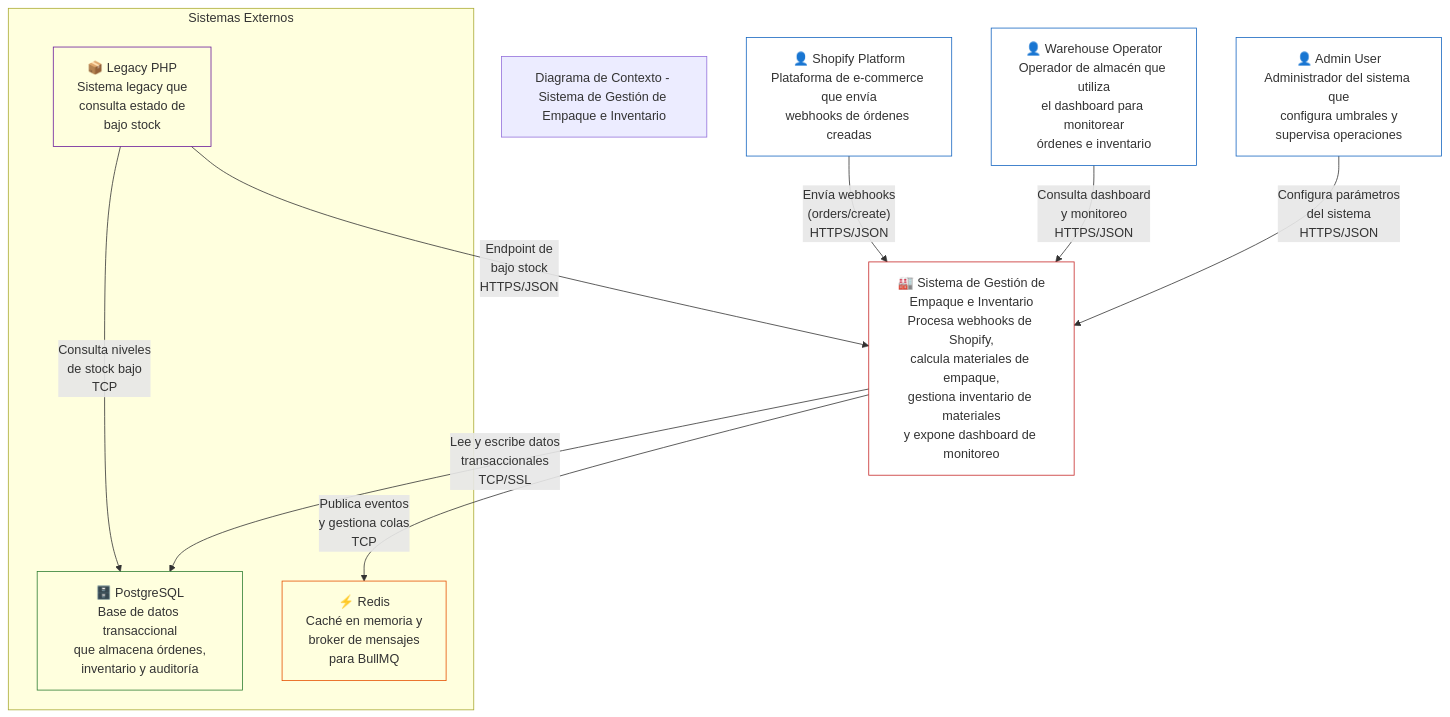
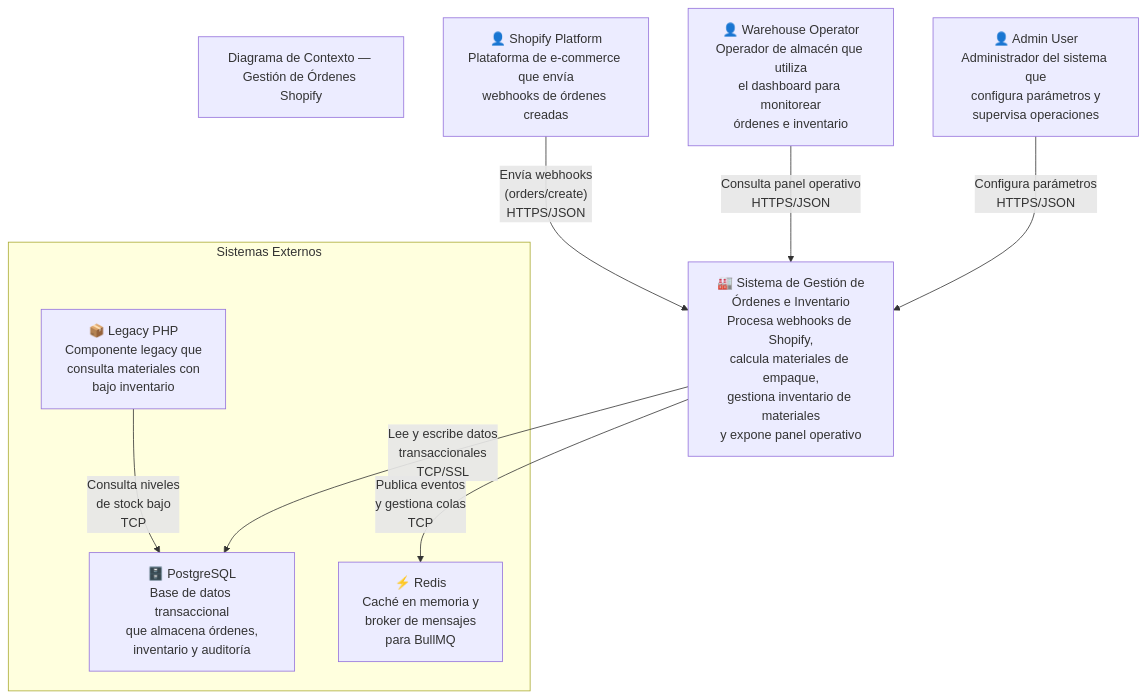
Before and after one commit to cloudfly2026-byte/sistema-ordenes-ddd: the first of 9 diagrams in docs/architecture.md, drawn with Mermaid. The commit also changed other lines of this file and 77 other files, not shown here.

````diff
--- a/docs/architecture.md
+++ b/docs/architecture.md
@@ -42,32 +43,23 @@
 ```mermaid
 flowchart TD
-    title["Diagrama de Contexto - Sistema de Gestión de Empaque e Inventario"]
+    title["Diagrama de Contexto — Gestión de Órdenes Shopify"]
 
     shopify["👤 Shopify Platform<br/>Plataforma de e-commerce que envía<br/>webhooks de órdenes creadas"]
     warehouse["👤 Warehouse Operator<br/>Operador de almacén que utiliza<br/>el dashboard para monitorear<br/>órdenes e inventario"]
-    admin["👤 Admin User<br/>Administrador del sistema que<br/>configura umbrales y<br/>supervisa operaciones"]
+    admin["👤 Admin User<br/>Administrador del sistema que<br/>configura parámetros y<br/>supervisa operaciones"]
 
-    system["🏭 Sistema de Gestión de<br/>Empaque e Inventario<br/>Procesa webhooks de Shopify,<br/>calcula materiales de empaque,<br/>gestiona inventario de materiales<br/>y expone dashboard de monitoreo"]
+    system["🏭 Sistema de Gestión de<br/>Órdenes e Inventario<br/>Procesa webhooks de Shopify,<br/>calcula materiales de empaque,<br/>gestiona inventario de materiales<br/>y expone panel operativo"]
 
     subgraph external["Sistemas Externos"]
         postgreSQL["🗄️ PostgreSQL<br/>Base de datos transaccional<br/>que almacena órdenes,<br/>inventario y auditoría"]
         redis["⚡ Redis<br/>Caché en memoria y<br/>broker de mensajes<br/>para BullMQ"]
-        legacyPHP["📦 Legacy PHP<br/>Sistema legacy que<br/>consulta estado de<br/>bajo stock"]
+        legacyPHP["📦 Legacy PHP<br/>Componente legacy que<br/>consulta materiales con<br/>bajo inventario"]
     end
 
     shopify -->|"Envía webhooks<br/>(orders/create)<br/>HTTPS/JSON"| system
-    warehouse -->|"Consulta dashboard<br/>y monitoreo<br/>HTTPS/JSON"| system
-    admin -->|"Configura parámetros<br/>del sistema<br/>HTTPS/JSON"| system
+    warehouse -->|"Consulta panel operativo<br/>HTTPS/JSON"| system
+    admin -->|"Configura parámetros<br/>HTTPS/JSON"| system
     system -->|"Lee y escribe datos<br/>transaccionales<br/>TCP/SSL"| postgreSQL
     system -->|"Publica eventos<br/>y gestiona colas<br/>TCP"| redis
     legacyPHP -->|"Consulta niveles<br/>de stock bajo<br/>TCP"| postgreSQL
-    legacyPHP -->|"Endpoint de<br/>bajo stock<br/>HTTPS/JSON"| system
-
-    style shopify fill:none,stroke:#1565c0
-    style warehouse fill:none,stroke:#1565c0
-    style admin fill:none,stroke:#1565c0
-    style system fill:none,stroke:#c62828
-    style postgreSQL fill:none,stroke:#2e7d32
-    style redis fill:none,stroke:#e65100
-    style legacyPHP fill:none,stroke:#6a1b9a
 ```
````
